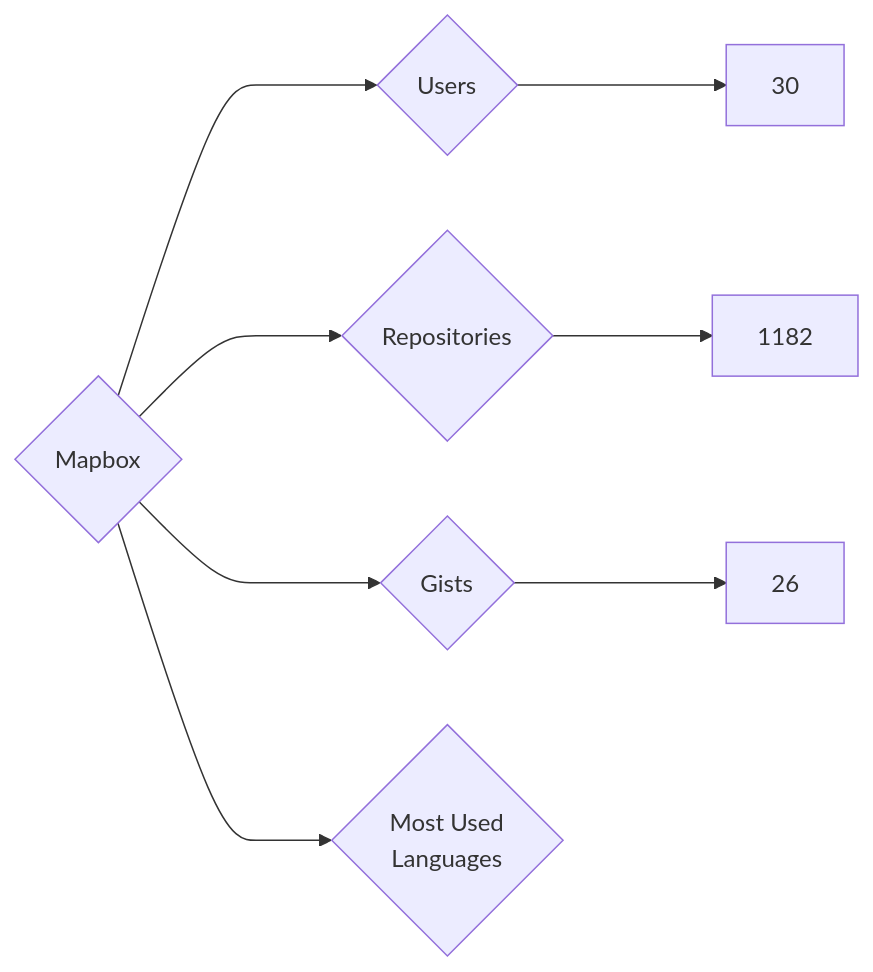
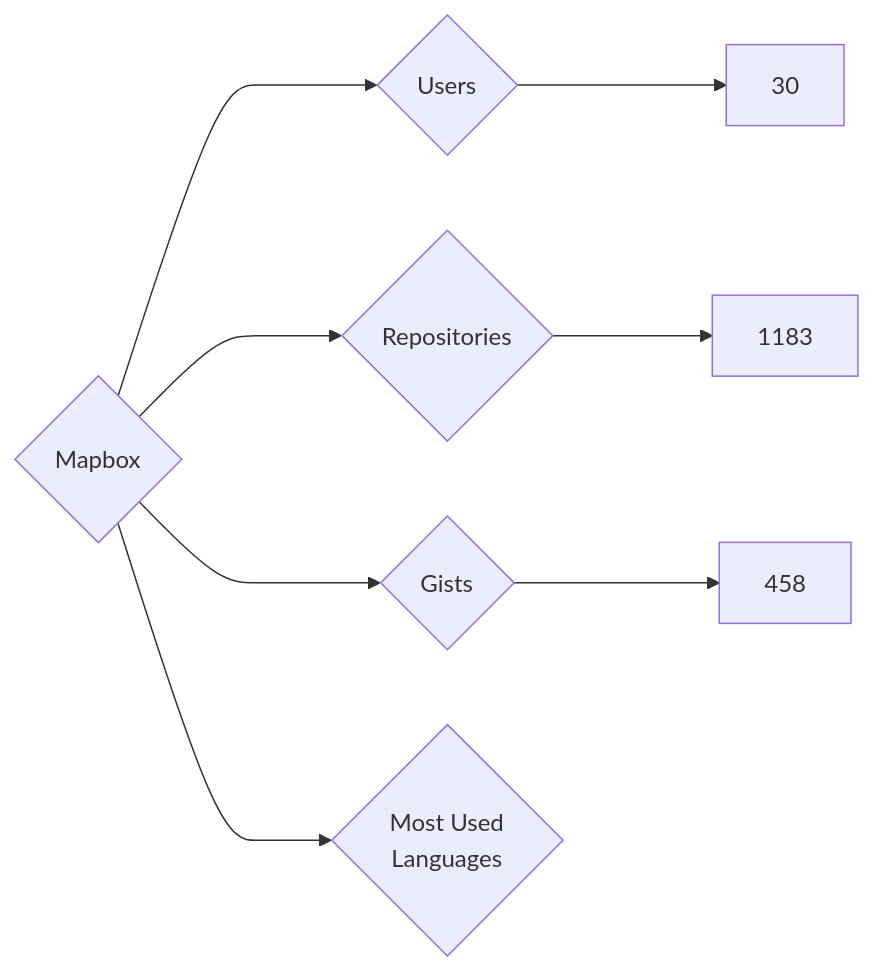
Before and after one commit to nenadzaric/insiders: the diagram in targets/Mapbox/README.md, drawn with Mermaid. The commit also changed 1342 other files, not shown here.

````diff
--- a/targets/Mapbox/README.md
+++ b/targets/Mapbox/README.md
@@ -3,8 +3,8 @@
 ```mermaid
 graph LR
 COMPANY_NAME{Mapbox}
 COMPANY_NAME ---> U{Users} ---> UN[30]
-COMPANY_NAME ---> R{Repositories} ---> RN[1182]
-COMPANY_NAME ---> G{Gists} ---> GN[26]
+COMPANY_NAME ---> R{Repositories} ---> RN[1183]
+COMPANY_NAME ---> G{Gists} ---> GN[458]
 COMPANY_NAME ---> ML{Most Used<br>Languages}
 ```
````
